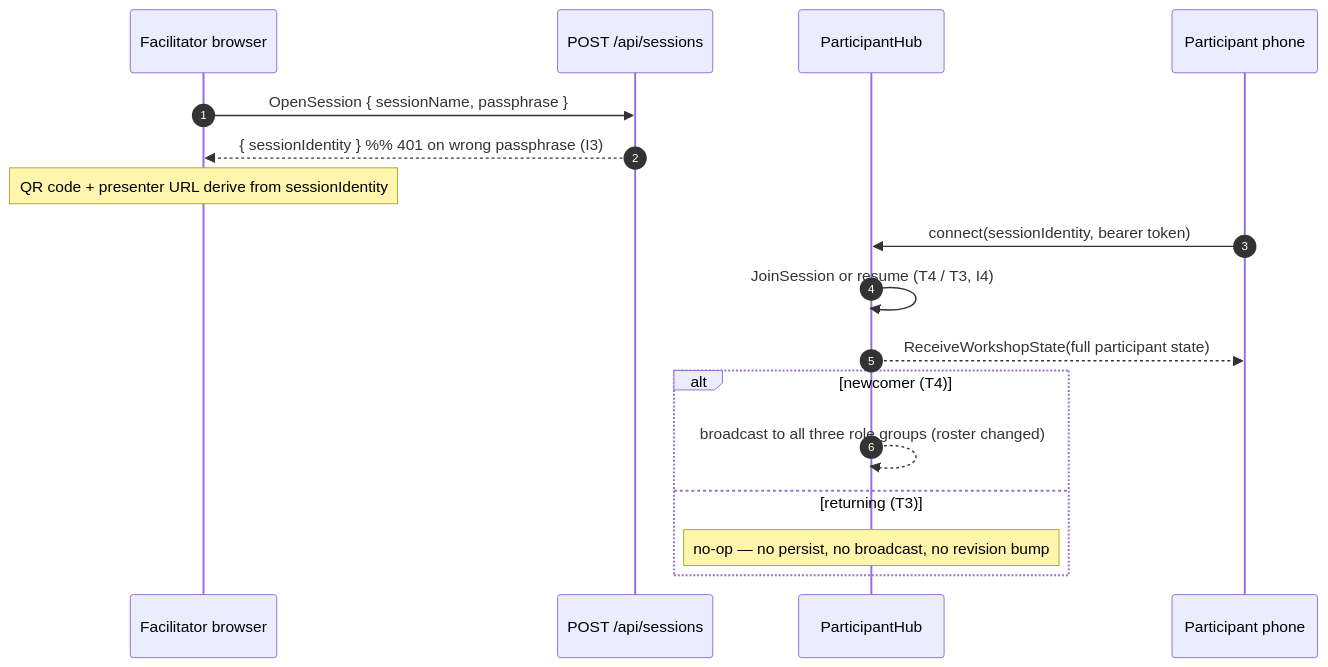
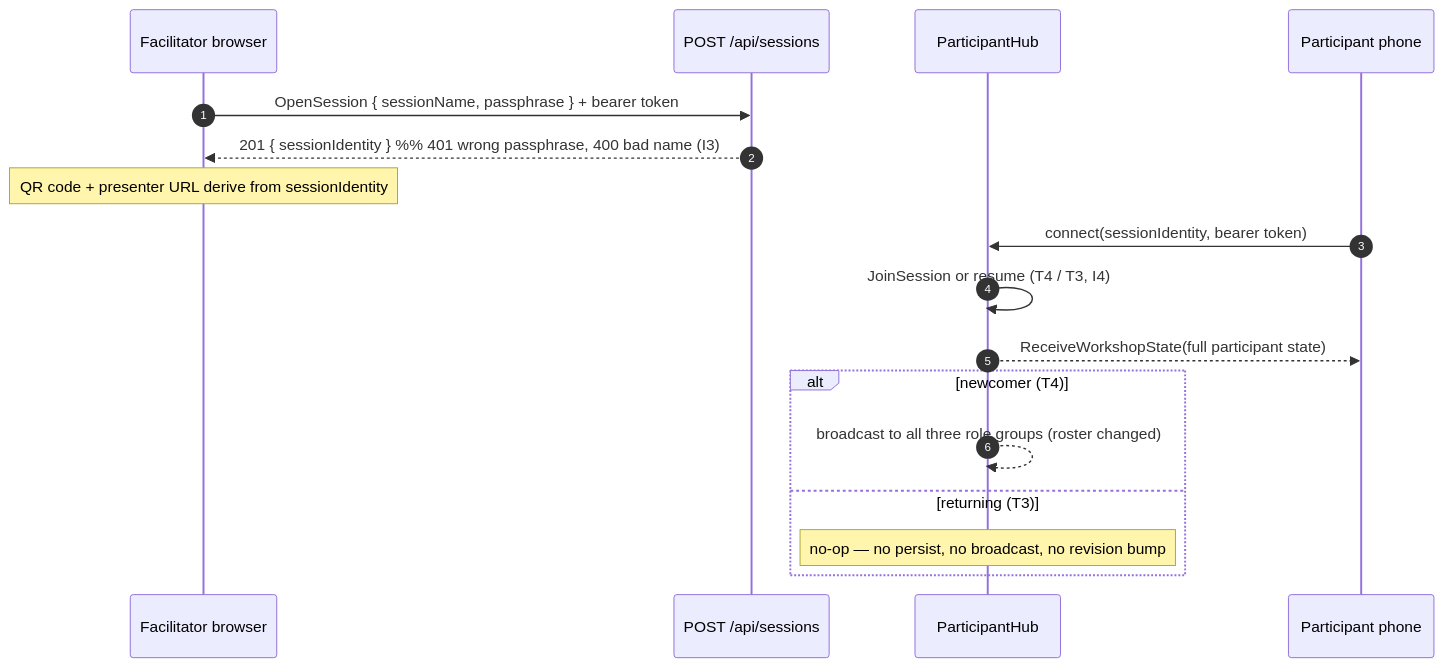
The first of 5 diagrams in design/protocol.md (JakobKrummeich/ValuesWorkshop), drawn with Mermaid before and after one commit. The commit also changed other lines of this file and 4 other files, not shown here.

````diff
--- a/design/protocol.md
+++ b/design/protocol.md
@@ -100,21 +142,21 @@
 ```mermaid
 sequenceDiagram
   autonumber
   participant F as Facilitator browser
   participant API as POST /api/sessions
   participant PH as ParticipantHub
   participant P as Participant phone
 
-  F->>API: OpenSession { sessionName, passphrase }
-  API-->>F: { sessionIdentity }  %% 401 on wrong passphrase (I3)
+  F->>API: OpenSession { sessionName, passphrase } + bearer token
+  API-->>F: 201 { sessionIdentity }  %% 401 wrong passphrase, 400 bad name (I3)
   Note over F: QR code + presenter URL derive from sessionIdentity
 
   P->>PH: connect(sessionIdentity, bearer token)
   PH->>PH: JoinSession or resume (T4 / T3, I4)
   PH-->>P: ReceiveWorkshopState(full participant state)
   alt newcomer (T4)
     PH-->>PH: broadcast to all three role groups (roster changed)
   else returning (T3)
     Note over PH: no-op — no persist, no broadcast, no revision bump
   end
 ```
````
